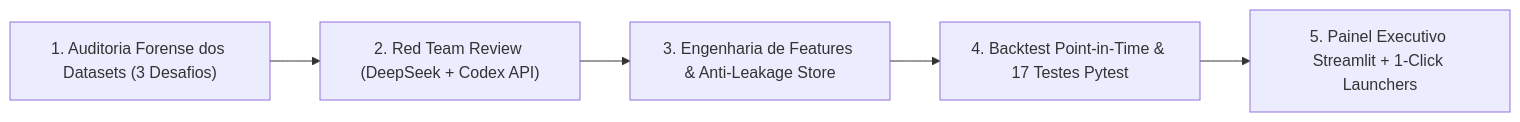
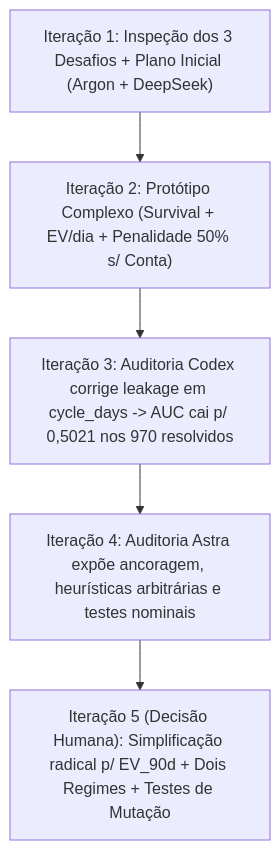
The diagram in submissions/arthur-lima/PROCESS_LOG.md (Gestao-Quatro-Ponto-Zero/ai-master-challenge), drawn with Mermaid before and after one commit. The commit also changed other lines of this file and 9 other files, not shown here.

````diff
--- a/submissions/arthur-lima/PROCESS_LOG.md
+++ b/submissions/arthur-lima/PROCESS_LOG.md
@@ -27,7 +27,7 @@
 ```mermaid
-flowchart LR
-    A["1. Auditoria Forense dos Datasets (3 Desafios)"] --> B["2. Red Team Review (DeepSeek + Codex API)"]
-    B --> C["3. Engenharia de Features & Anti-Leakage Store"]
-    C --> D["4. Backtest Point-in-Time & 17 Testes Pytest"]
-    D --> E["5. Painel Executivo Streamlit + 1-Click Launchers"]
+flowchart TD
+    A["Iteração 1: Inspeção dos 3 Desafios + Plano Inicial (Argon + DeepSeek)"] --> B["Iteração 2: Protótipo Complexo (Survival + EV/dia + Penalidade 50% s/ Conta)"]
+    B --> C["Iteração 3: Auditoria Codex corrige leakage em cycle_days -> AUC cai p/ 0,5021 nos 970 resolvidos"]
+    C --> D["Iteração 4: Auditoria Astra expõe ancoragem, heurísticas arbitrárias e testes nominais"]
+    D --> E["Iteração 5 (Decisão Humana): Simplificação radical p/ EV_90d + Dois Regimes + Testes de Mutação"]
 ```
````
